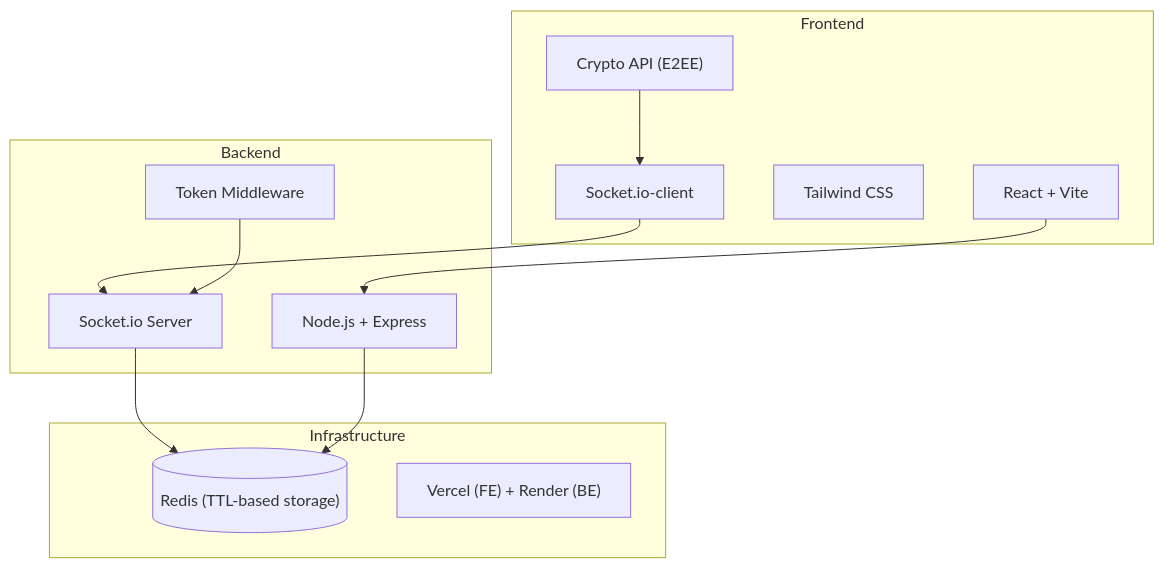
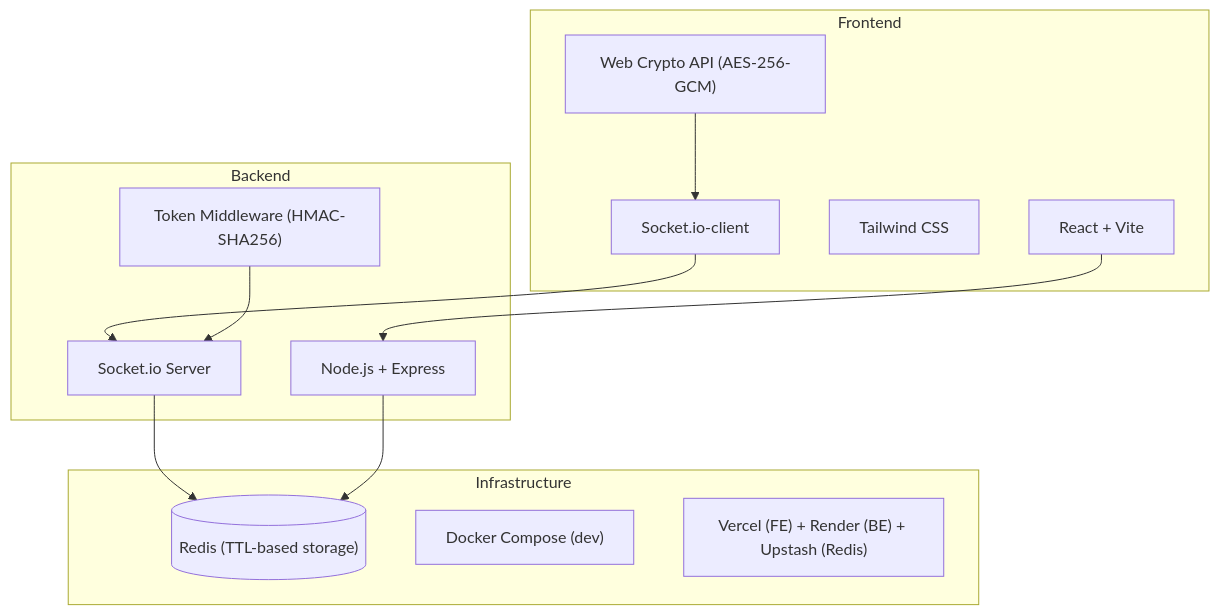
One commit to snsyaqirah/KacipLuhh changed the first of 13 diagrams in README.md. Above: the diagram before and after it, drawn with Mermaid. The commit also changed other lines of this file, not shown here.

````diff
--- a/README.md
+++ b/README.md
@@ -64,24 +95,25 @@
 ```mermaid
 graph TD
     subgraph Frontend
         FE["React + Vite"]
         UI["Tailwind CSS"]
         SK["Socket.io-client"]
-        CR["Crypto API (E2EE)"]
+        CR["Web Crypto API (AES-256-GCM)"]
     end
     subgraph Backend
         BE["Node.js + Express"]
         WS["Socket.io Server"]
-        MW["Token Middleware"]
+        MW["Token Middleware (HMAC-SHA256)"]
     end
     subgraph Infrastructure
         RD[("Redis (TTL-based storage)")]
-        HOST["Vercel (FE) + Render (BE)"]
+        DK["Docker Compose (dev)"]
+        HOST["Vercel (FE) + Render (BE) + Upstash (Redis)"]
     end
     FE --> BE
     SK --> WS
     CR --> SK
     WS --> RD
     BE --> RD
     MW --> WS
 ```
````
